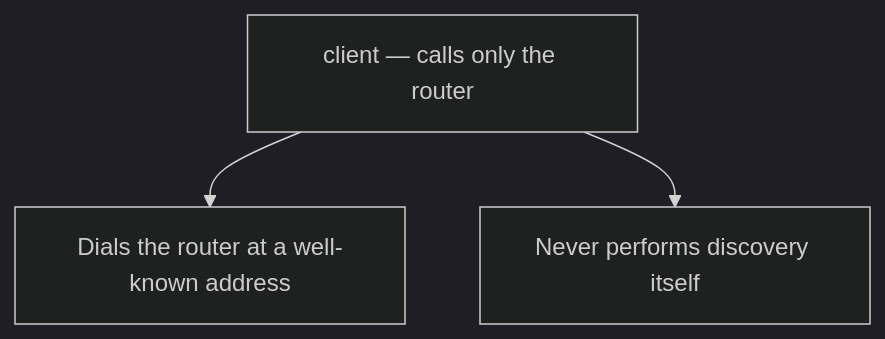
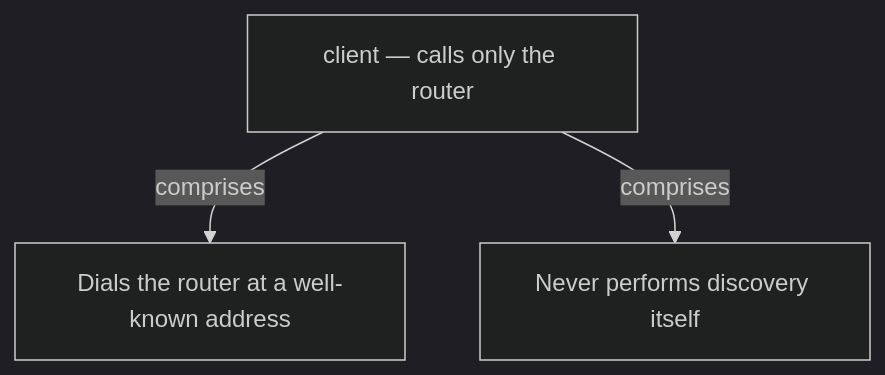
The fifth of 14 diagrams in docs/ch11-server-side-discovery.md (vinayakuber/microservices-io-study-guide), drawn with Mermaid (dark theme) before and after one commit. The commit also changed other lines of this file and 71 other files, not shown here.

First line of the commit message:
R18: label every diagram arrow with its meaning

````diff
--- a/docs/ch11-server-side-discovery.md
+++ b/docs/ch11-server-side-discovery.md
@@ -229,6 +229,6 @@
 ```mermaid
 flowchart TD
   R["client — calls only the router"]
-  R --> P0["Dials the router at a well-known address"]
-  R --> P1["Never performs discovery itself"]
+  R -->|"comprises"| P0["Dials the router at a well-known address"]
+  R -->|"comprises"| P1["Never performs discovery itself"]
 ```
````
